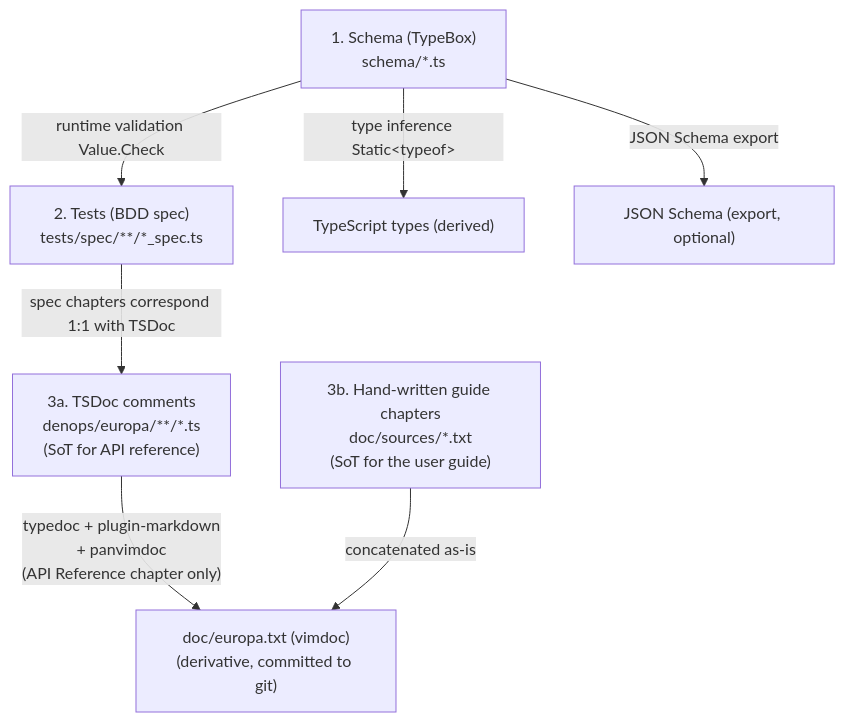
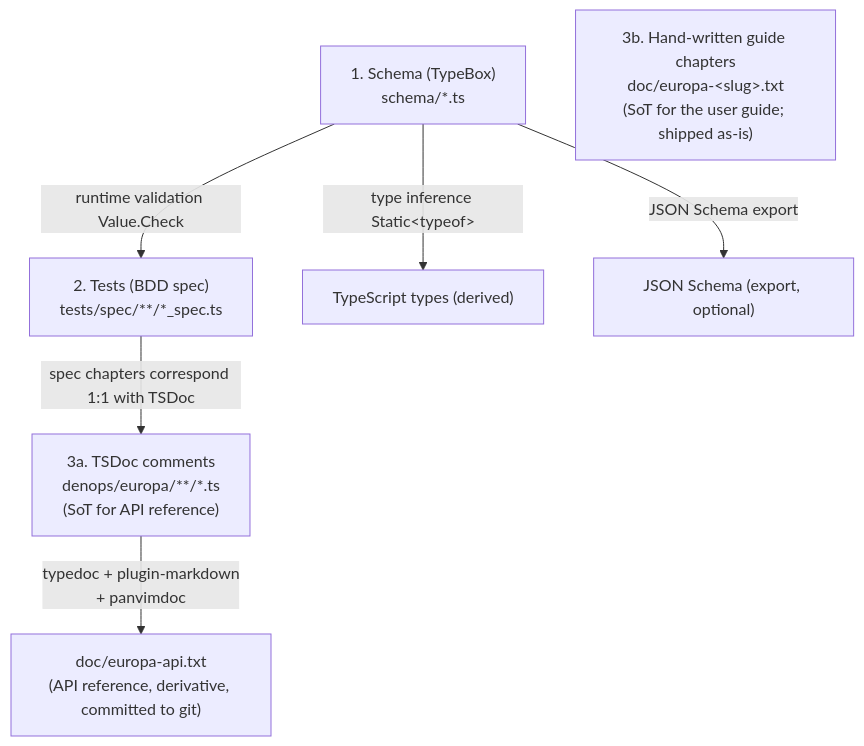
The first of 13 diagrams in DESIGN.md (peacock0803sz/Europa.vim), drawn with Mermaid before and after one commit. The commit also changed other lines of this file and 6 other files, not shown here.

````diff
--- a/DESIGN.md
+++ b/DESIGN.md
@@ -34,16 +34,15 @@
 ```mermaid
 graph TD
   Sc["1. Schema (TypeBox)<br/>schema/*.ts"]
   Te["2. Tests (BDD spec)<br/>tests/spec/**/*_spec.ts"]
   Co3a["3a. TSDoc comments<br/>denops/europa/**/*.ts<br/>(SoT for API reference)"]
-  Co3b["3b. Hand-written guide chapters<br/>doc/sources/*.txt<br/>(SoT for the user guide)"]
-  Vd["doc/europa.txt (vimdoc)<br/>(derivative, committed to git)"]
+  Co3b["3b. Hand-written guide chapters<br/>doc/europa-&lt;slug&gt;.txt<br/>(SoT for the user guide; shipped as-is)"]
+  Vd["doc/europa-api.txt<br/>(API reference, derivative, committed to git)"]
   Tp["TypeScript types (derived)"]
   Js["JSON Schema (export, optional)"]
   Sc -->|"type inference Static&lt;typeof&gt;"| Tp
   Sc -->|"JSON Schema export"| Js
   Sc -->|"runtime validation Value.Check"| Te
   Te -->|"spec chapters correspond 1:1 with TSDoc"| Co3a
-  Co3a -->|"typedoc + plugin-markdown<br/>+ panvimdoc<br/>(API Reference chapter only)"| Vd
-  Co3b -->|"concatenated as-is"| Vd
+  Co3a -->|"typedoc + plugin-markdown<br/>+ panvimdoc"| Vd
 ```
````
